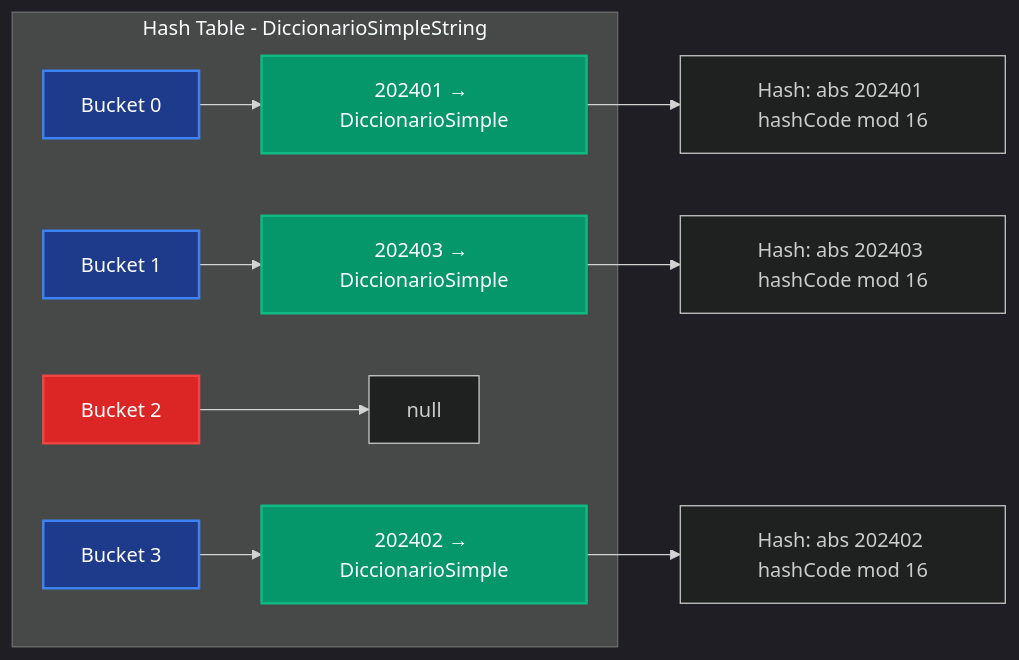
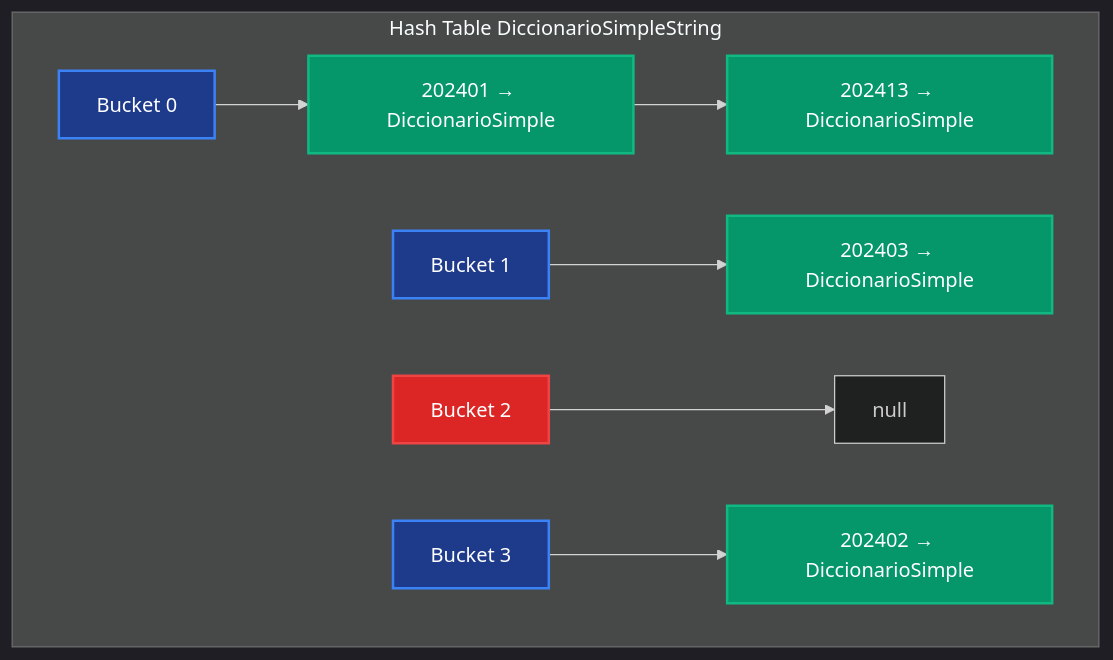
The sixth of 17 diagrams in tp-final/README_IMPLEMENTACIONES.md (pybalt/algo2), drawn with Mermaid before and after one commit. The commit also changed other lines of this file, not shown here.

Commit message:
Revise README_IMPLEMENTACIONES.md to update data structure descriptions, enhance diagram clarity, and improve overall organization. Key changes include restructuring sections on data hierarchies, refining hash table explanations, and optimizing visual elements for better readability.

````diff
--- a/tp-final/README_IMPLEMENTACIONES.md
+++ b/tp-final/README_IMPLEMENTACIONES.md
@@ -147,22 +154,20 @@
 ```mermaid
 %%{init: {'theme':'dark'}}%%
-graph LR
-    subgraph "Hash Table - DiccionarioSimpleString"
-        A[Bucket 0] --> B[202401 → DiccionarioSimple]
-        C[Bucket 1] --> D[202403 → DiccionarioSimple]
-        E[Bucket 2] --> F[null]
-        G[Bucket 3] --> H[202402 → DiccionarioSimple]
+graph TB
+    subgraph "Hash Table DiccionarioSimpleString"
+        A["Bucket 0"] --> B["202401 → DiccionarioSimple"]
+        B --> B2["202413 → DiccionarioSimple"]
+        C["Bucket 1"] --> D["202403 → DiccionarioSimple"]
+        E["Bucket 2"] --> F["null"]
+        G["Bucket 3"] --> H["202402 → DiccionarioSimple"]
     end
-    
-    B --> I[Hash: abs 202401 hashCode mod 16]
-    D --> J[Hash: abs 202403 hashCode mod 16]
-    H --> K[Hash: abs 202402 hashCode mod 16]
     
     style A fill:#1e3a8a,stroke:#3b82f6,stroke-width:2px,color:#fff
     style C fill:#1e3a8a,stroke:#3b82f6,stroke-width:2px,color:#fff
     style E fill:#dc2626,stroke:#ef4444,stroke-width:2px,color:#fff
     style G fill:#1e3a8a,stroke:#3b82f6,stroke-width:2px,color:#fff
     style B fill:#059669,stroke:#10b981,stroke-width:2px,color:#fff
+    style B2 fill:#059669,stroke:#10b981,stroke-width:2px,color:#fff
     style D fill:#059669,stroke:#10b981,stroke-width:2px,color:#fff
     style H fill:#059669,stroke:#10b981,stroke-width:2px,color:#fff
 ```
````
